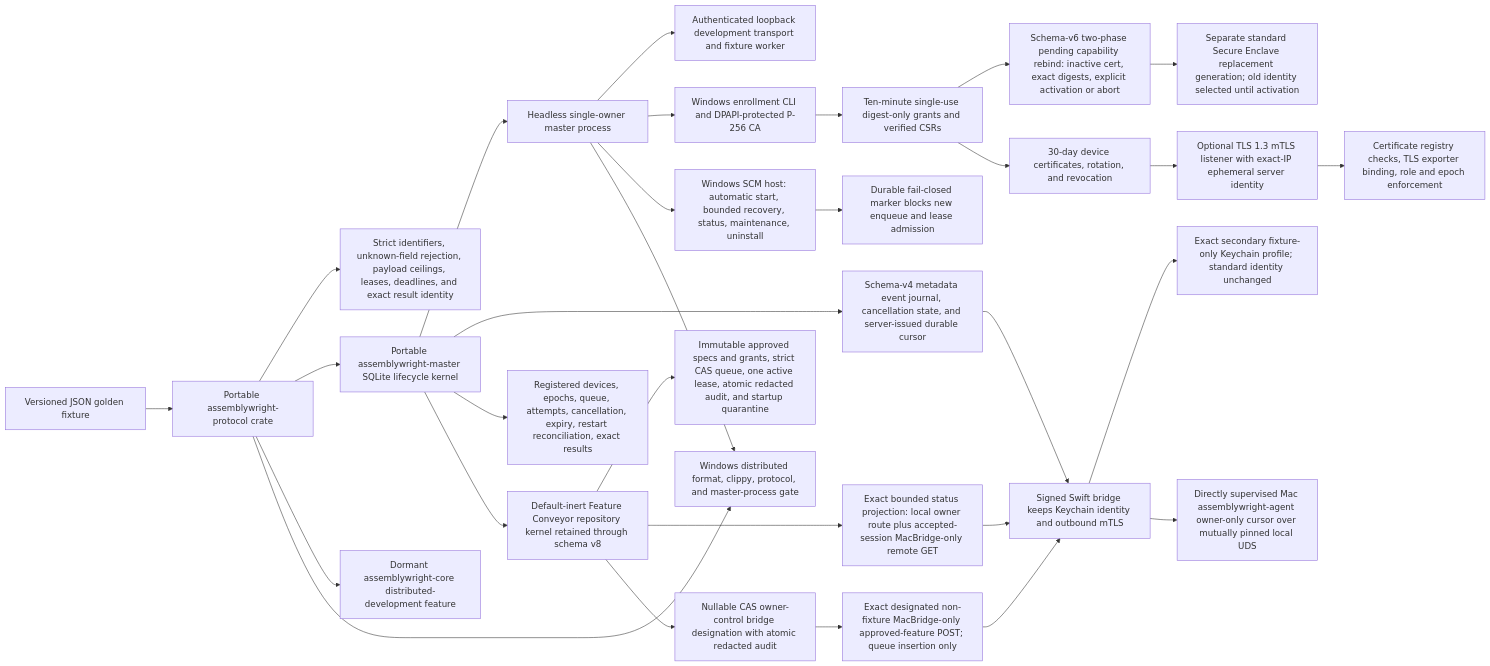
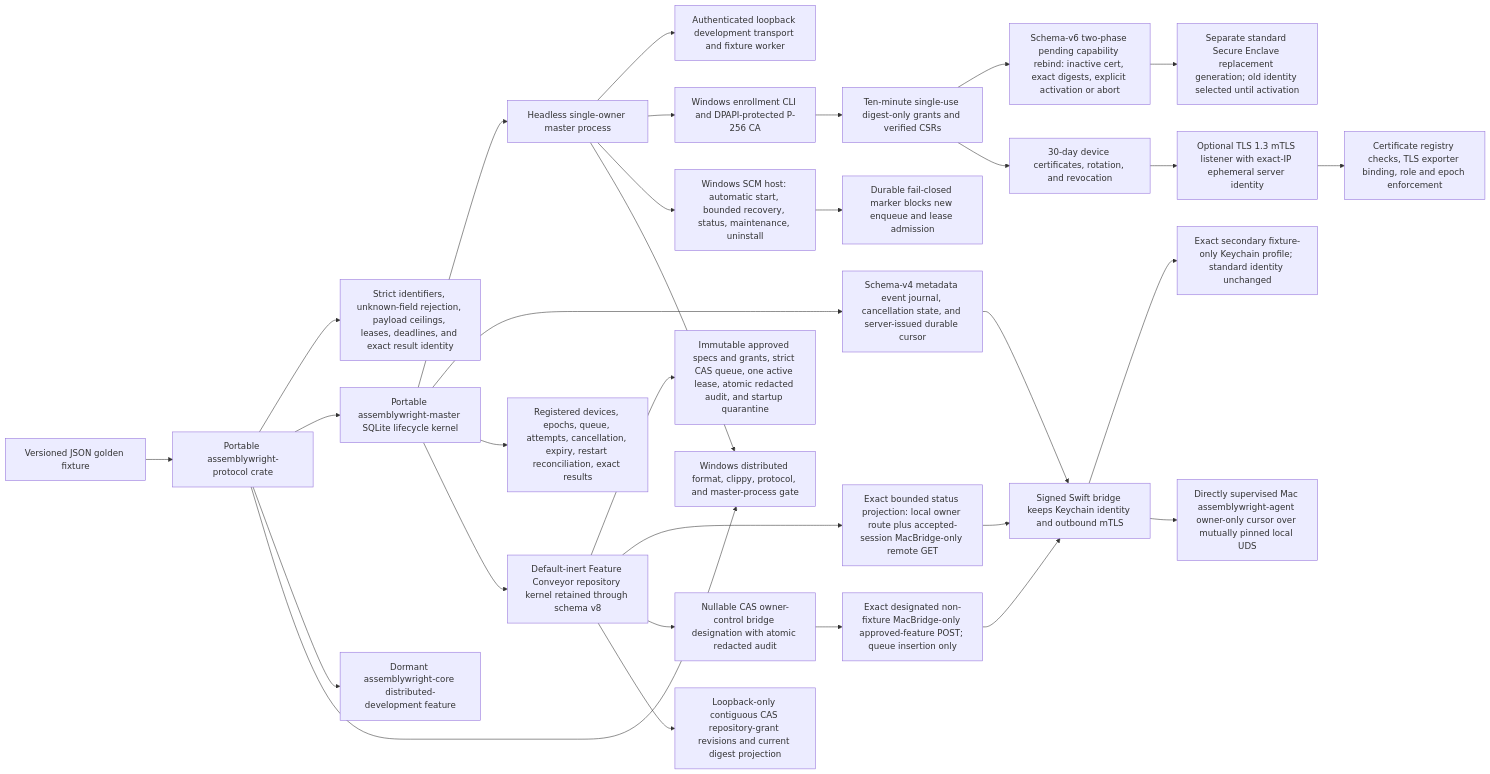
The first of 2 diagrams in docs/architecture-map.md (malak333/Assemblywright), drawn with Mermaid before and after one commit. The commit also changed other lines of this file and 16 other files, not shown here.

Commit message:
Add bounded repository grant control

````diff
--- a/docs/architecture-map.md
+++ b/docs/architecture-map.md
@@ -7,32 +7,33 @@
 ```mermaid
 flowchart LR
   Fixture["Versioned JSON golden fixture"] --> Protocol["Portable assemblywright-protocol crate"]
   Protocol --> Bounds["Strict identifiers, unknown-field rejection, payload ceilings, leases, deadlines, and exact result identity"]
   Protocol --> Master["Portable assemblywright-master SQLite lifecycle kernel"]
   Master --> Process["Headless single-owner master process"]
   Process --> Local["Authenticated loopback development transport and fixture worker"]
   Process --> Identity["Windows enrollment CLI and DPAPI-protected P-256 CA"]
   Identity --> Grants["Ten-minute single-use digest-only grants and verified CSRs"]
   Grants --> Rebind["Schema-v6 two-phase pending capability rebind: inactive cert, exact digests, explicit activation or abort"]
   Rebind --> Replacement["Separate standard Secure Enclave replacement generation; old identity selected until activation"]
   Grants --> Certificates["30-day device certificates, rotation, and revocation"]
   Certificates --> Remote["Optional TLS 1.3 mTLS listener with exact-IP ephemeral server identity"]
   Remote --> Binding["Certificate registry checks, TLS exporter binding, role and epoch enforcement"]
   Master --> Events["Schema-v4 metadata event journal, cancellation state, and server-issued durable cursor"]
   Events --> Helper["Signed Swift bridge keeps Keychain identity and outbound mTLS"]
   Helper --> FixtureIdentity["Exact secondary fixture-only Keychain profile; standard identity unchanged"]
   Helper --> Agent["Directly supervised Mac assemblywright-agent owner-only cursor over mutually pinned local UDS"]
   Process --> Service["Windows SCM host: automatic start, bounded recovery, status, maintenance, uninstall"]
   Service --> Maintenance["Durable fail-closed marker blocks new enqueue and lease admission"]
   Master --> Durable["Registered devices, epochs, queue, attempts, cancellation, expiry, restart reconciliation, exact results"]
   Master --> Conveyor["Default-inert Feature Conveyor repository kernel retained through schema v8"]
   Conveyor --> ConveyorSafety["Immutable approved specs and grants, strict CAS queue, one active lease, atomic redacted audit, and startup quarantine"]
   Conveyor --> Observer["Exact bounded status projection: local owner route plus accepted-session MacBridge-only remote GET"]
   Observer --> Helper
   Conveyor --> OwnerDesignation["Nullable CAS owner-control bridge designation with atomic redacted audit"]
+  Conveyor --> GrantControl["Loopback-only contiguous CAS repository-grant revisions and current digest projection"]
   OwnerDesignation --> OwnerAction["Exact designated non-fixture MacBridge-only approved-feature POST; queue insertion only"]
   OwnerAction --> Helper
   Protocol --> Feature["Dormant assemblywright-core distributed-development feature"]
   Protocol --> Windows["Windows distributed format, clippy, protocol, and master-process gate"]
   Process --> Windows
 ```
````
